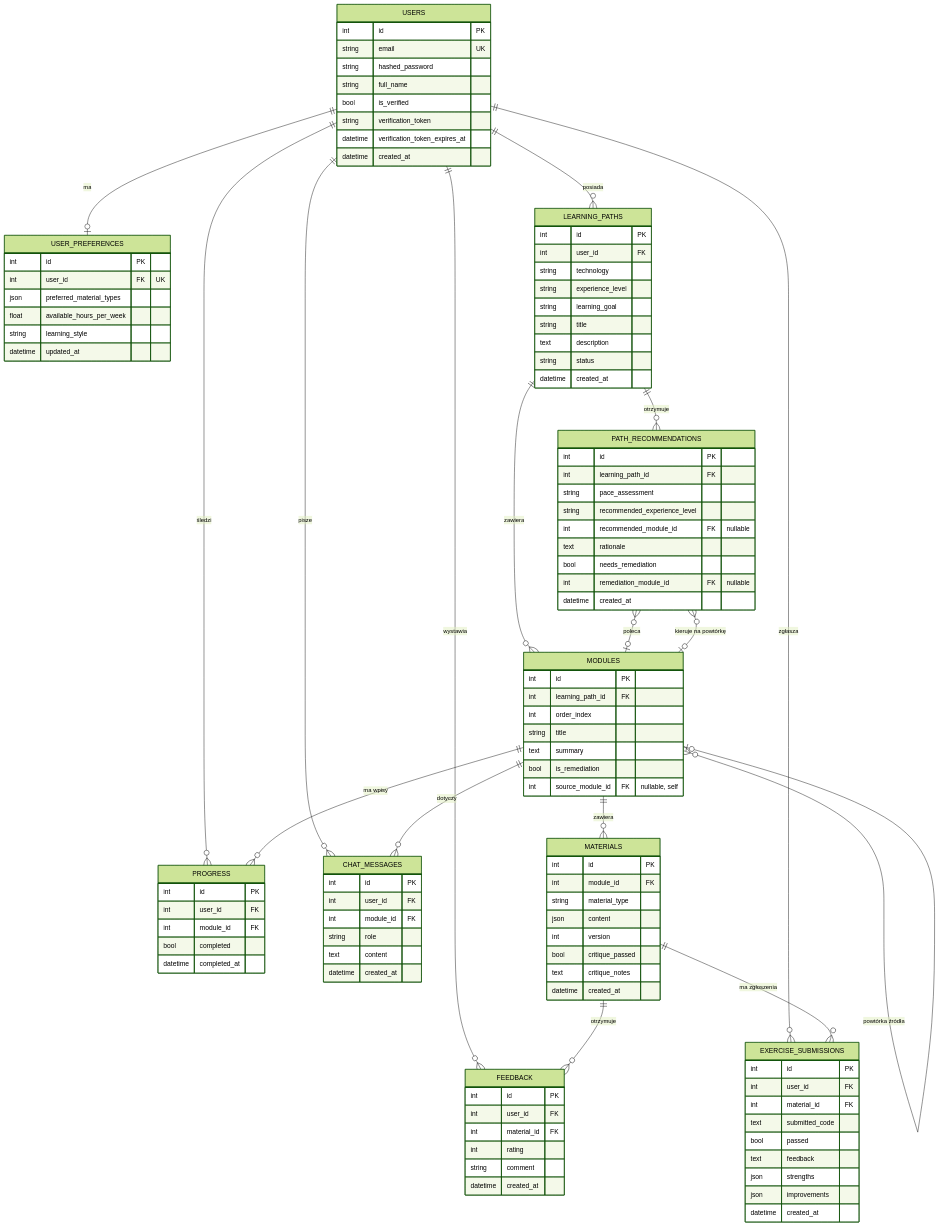
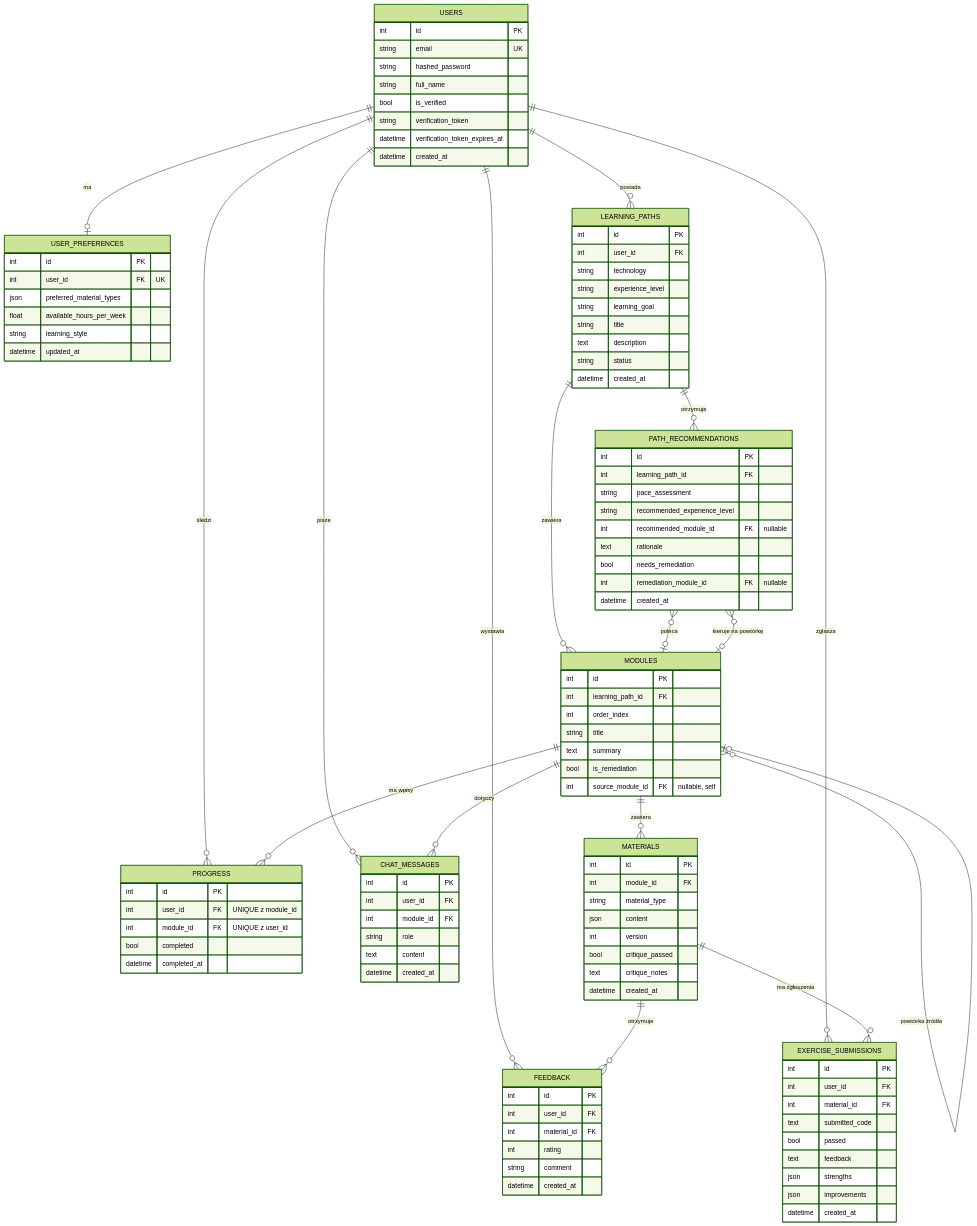
One commit to guzik1234/Bachelor-of-Engineering-Thesis changed the diagram in docs/diagrams/src/erd-01_schemat-bazy-danych.mmd. Above: the diagram before and after it, drawn with Mermaid (forest theme). The commit also changed 21 other files, not shown here.

First line of the commit message:
Add API and navigation flow diagrams

```diff
--- a/docs/diagrams/src/erd-01_schemat-bazy-danych.mmd
+++ b/docs/diagrams/src/erd-01_schemat-bazy-danych.mmd
@@ -1,111 +1,111 @@
 erDiagram
     USERS ||--o| USER_PREFERENCES : "ma"
     USERS ||--o{ LEARNING_PATHS : "posiada"
     USERS ||--o{ PROGRESS : "śledzi"
     USERS ||--o{ FEEDBACK : "wystawia"
     USERS ||--o{ EXERCISE_SUBMISSIONS : "zgłasza"
     USERS ||--o{ CHAT_MESSAGES : "pisze"
     LEARNING_PATHS ||--o{ MODULES : "zawiera"
     LEARNING_PATHS ||--o{ PATH_RECOMMENDATIONS : "otrzymuje"
     MODULES ||--o{ MATERIALS : "zawiera"
     MODULES ||--o{ PROGRESS : "ma wpisy"
     MODULES ||--o{ CHAT_MESSAGES : "dotyczy"
     MODULES }o--o| MODULES : "powtórka źródła"
     MATERIALS ||--o{ FEEDBACK : "otrzymuje"
     MATERIALS ||--o{ EXERCISE_SUBMISSIONS : "ma zgłoszenia"
     PATH_RECOMMENDATIONS }o--o| MODULES : "poleca"
     PATH_RECOMMENDATIONS }o--o| MODULES : "kieruje na powtórkę"
 
     USERS {
         int id PK
         string email UK
         string hashed_password
         string full_name
         bool is_verified
         string verification_token
         datetime verification_token_expires_at
         datetime created_at
     }
     USER_PREFERENCES {
         int id PK
         int user_id FK "UK"
         json preferred_material_types
         float available_hours_per_week
         string learning_style
         datetime updated_at
     }
     LEARNING_PATHS {
         int id PK
         int user_id FK
         string technology
         string experience_level
         string learning_goal
         string title
         text description
         string status
         datetime created_at
     }
     MODULES {
         int id PK
         int learning_path_id FK
         int order_index
         string title
         text summary
         bool is_remediation
         int source_module_id FK "nullable, self"
     }
     MATERIALS {
         int id PK
         int module_id FK
         string material_type
         json content
         int version
         bool critique_passed
         text critique_notes
         datetime created_at
     }
     PROGRESS {
         int id PK
-        int user_id FK
-        int module_id FK
+        int user_id FK "UNIQUE z module_id"
+        int module_id FK "UNIQUE z user_id"
         bool completed
         datetime completed_at
     }
     FEEDBACK {
         int id PK
         int user_id FK
         int material_id FK
         int rating
         string comment
         datetime created_at
     }
     EXERCISE_SUBMISSIONS {
         int id PK
         int user_id FK
         int material_id FK
         text submitted_code
         bool passed
         text feedback
         json strengths
         json improvements
         datetime created_at
     }
     PATH_RECOMMENDATIONS {
         int id PK
         int learning_path_id FK
         string pace_assessment
         string recommended_experience_level
         int recommended_module_id FK "nullable"
         text rationale
         bool needs_remediation
         int remediation_module_id FK "nullable"
         datetime created_at
     }
     CHAT_MESSAGES {
         int id PK
         int user_id FK
         int module_id FK
         string role
         text content
         datetime created_at
     }
```
